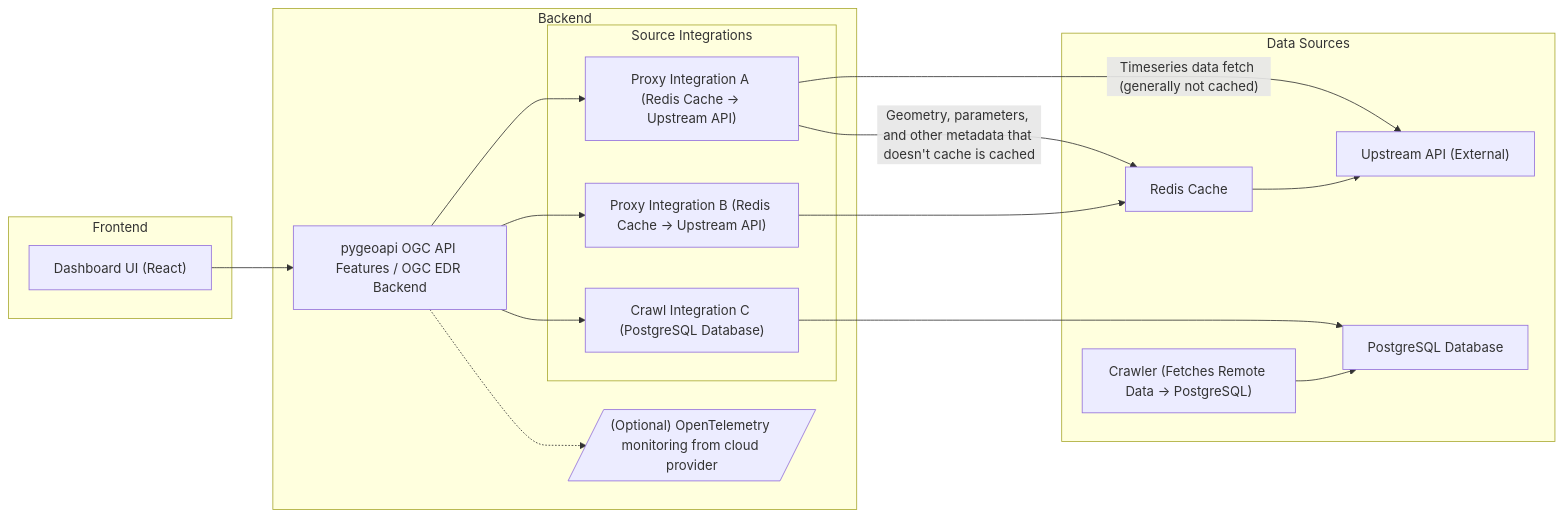
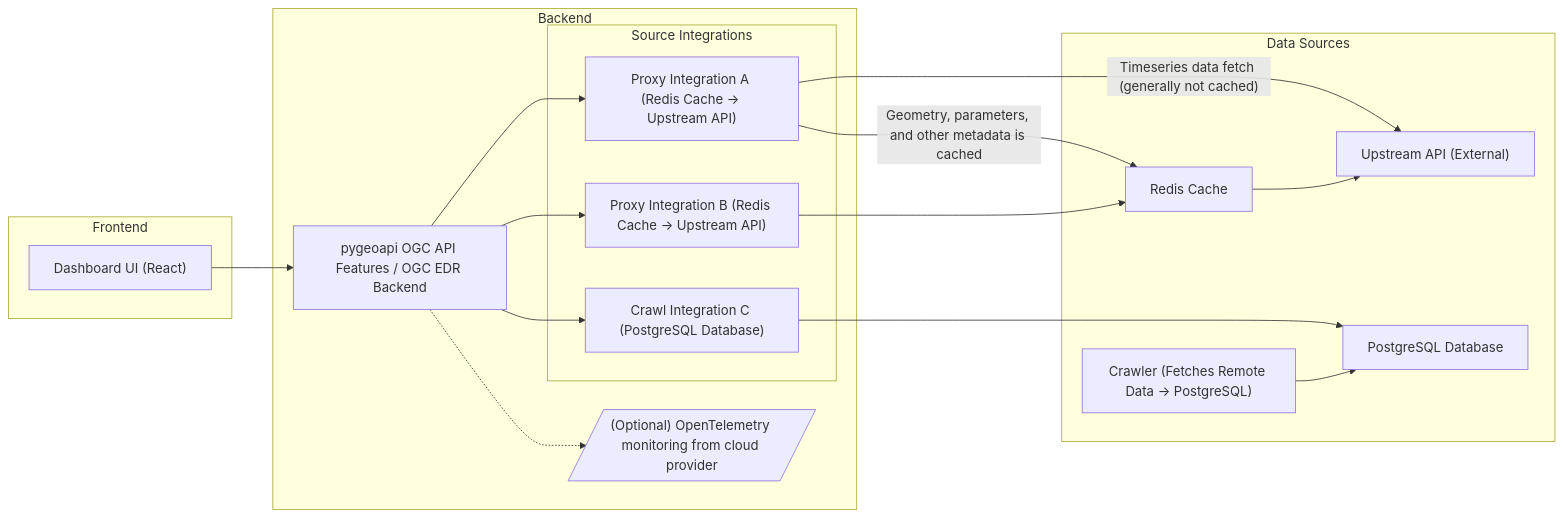
The diagram in docs/cloud_deployment.md (internetofwater/Western-Water-Datahub), drawn with Mermaid before and after one commit.

Commit message:
Fix typo in caching description in cloud deployment docs

````diff
--- a/docs/cloud_deployment.md
+++ b/docs/cloud_deployment.md
@@ -7,41 +7,41 @@
 ```mermaid
 flowchart LR
     subgraph Frontend
         DashboardUI["Dashboard UI (React)"]
     end
 
     subgraph Backend
         Pygeoapi["pygeoapi OGC API Features / OGC EDR Backend"]
 
         subgraph "Source Integrations"
             RedisSource1["Proxy Integration A (Redis Cache → Upstream API)"]
             RedisSource2["Proxy Integration B (Redis Cache → Upstream API)"]
             PostgresSource["Crawl Integration C (PostgreSQL Database)"]
         end
 
         OpenTelemetry[/"(Optional) OpenTelemetry monitoring from cloud provider"/]
     end
 
     subgraph Data Sources
         Redis["Redis Cache"]
         UpstreamAPI["Upstream API (External)"]
         Postgres["PostgreSQL Database"]
         Crawler["Crawler (Fetches Remote Data → PostgreSQL)"]
     end
 
     DashboardUI --> Pygeoapi
 
     Pygeoapi --> RedisSource1
     Pygeoapi --> RedisSource2
     Pygeoapi --> PostgresSource
 
-    RedisSource1 -- "Geometry, parameters, and other metadata that doesn't cache is cached" --> Redis
+    RedisSource1 -- "Geometry, parameters, and other metadata is cached" --> Redis
     RedisSource1 -- "Timeseries data fetch (generally not cached)" --> UpstreamAPI
     RedisSource2 --> Redis
     Redis --> UpstreamAPI
 
     PostgresSource --> Postgres
     Crawler --> Postgres
 
     Pygeoapi -.-> OpenTelemetry
 ```
````
